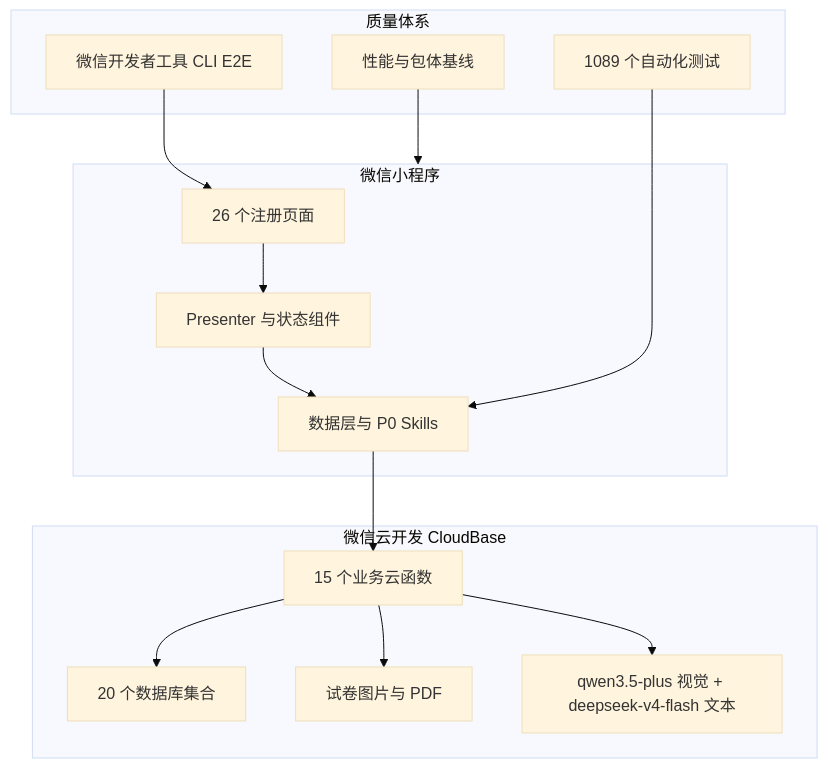
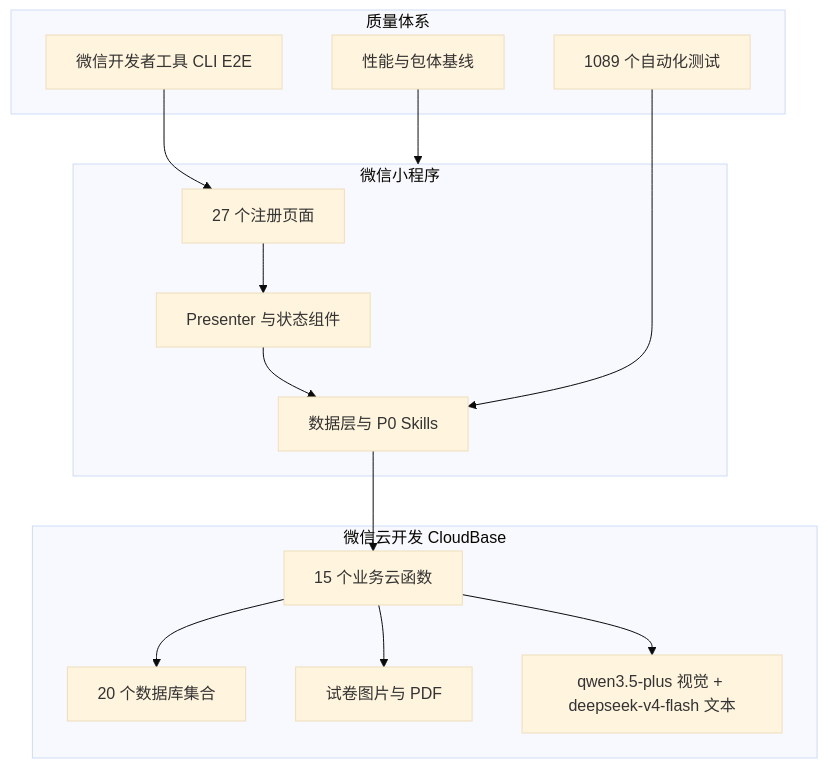
The second of 2 diagrams in README.md (davyzhong/miniprogram-learning-diagnostic), drawn with Mermaid (base theme) before and after one commit. The commit also changed other lines of this file and 3 other files, not shown here.

````diff
--- a/README.md
+++ b/README.md
@@ -173,26 +173,26 @@
 ```mermaid
 flowchart TB
     subgraph Client[微信小程序]
-      Pages[26 个注册页面]
+      Pages[27 个注册页面]
       Presenters[Presenter 与状态组件]
       Services[数据层与 P0 Skills]
     end
     subgraph Cloud[微信云开发 CloudBase]
       Functions[15 个业务云函数]
       Database[20 个数据库集合]
       Storage[试卷图片与 PDF]
       AI[qwen3.5-plus 视觉 + deepseek-v4-flash 文本]
     end
     subgraph Quality[质量体系]
       Unit[1089 个自动化测试]
       CLI[微信开发者工具 CLI E2E]
       Perf[性能与包体基线]
     end
     Pages --> Presenters --> Services --> Functions
     Functions --> Database
     Functions --> Storage
     Functions --> AI
     Unit --> Services
     CLI --> Pages
     Perf --> Client
 ```
````
